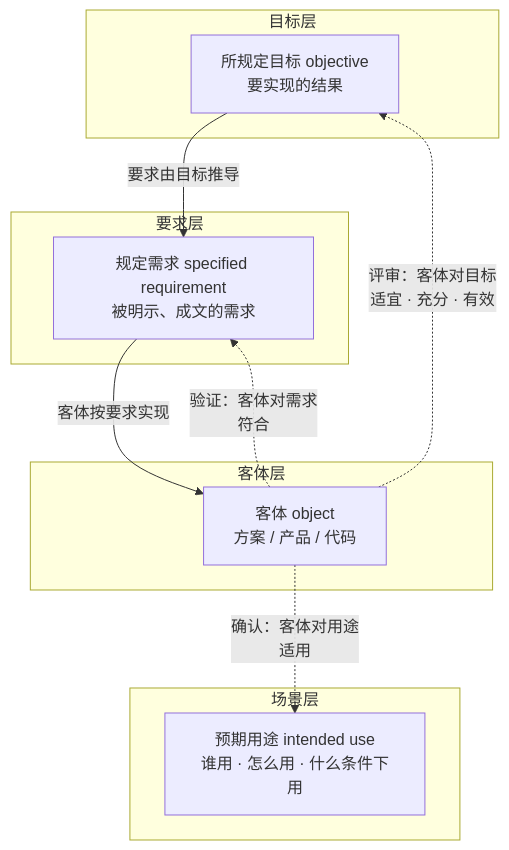
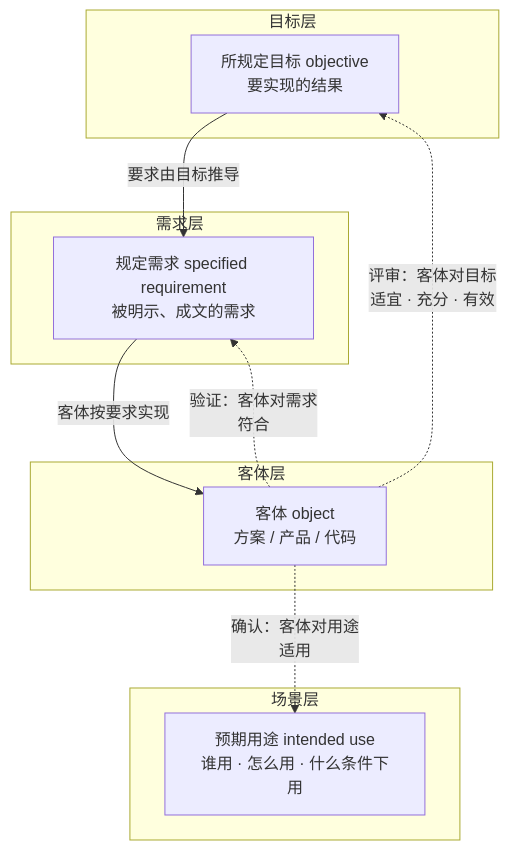
The first of 4 diagrams in 50-research/教材书/08-第8章-评审验证与确认-三个看门人.md (Yongjunzhou/AOS-system-design), drawn with Mermaid before and after one commit. The commit also changed other lines of this file and 24 other files, not shown here.

````diff
--- a/50-research/教材书/08-第8章-评审验证与确认-三个看门人.md
+++ b/50-research/教材书/08-第8章-评审验证与确认-三个看门人.md
@@ -111,20 +111,20 @@
 ```mermaid
 flowchart TB
     subgraph 目标层["目标层"]
         T["所规定目标 objective<br/>要实现的结果"]
     end
-    subgraph 要求层["要求层"]
+    subgraph 需求层["需求层"]
         R["规定需求 specified requirement<br/>被明示、成文的需求"]
     end
     subgraph 客体层["客体层"]
         O["客体 object<br/>方案 / 产品 / 代码"]
     end
     subgraph 场景层["场景层"]
         U["预期用途 intended use<br/>谁用 · 怎么用 · 什么条件下用"]
     end
     T -->|"要求由目标推导"| R
     R -->|"客体按要求实现"| O
     O -.->|"评审：客体对目标<br/>适宜 · 充分 · 有效"| T
     O -.->|"验证：客体对需求<br/>符合"| R
     O -.->|"确认：客体对用途<br/>适用"| U
 ```
````
